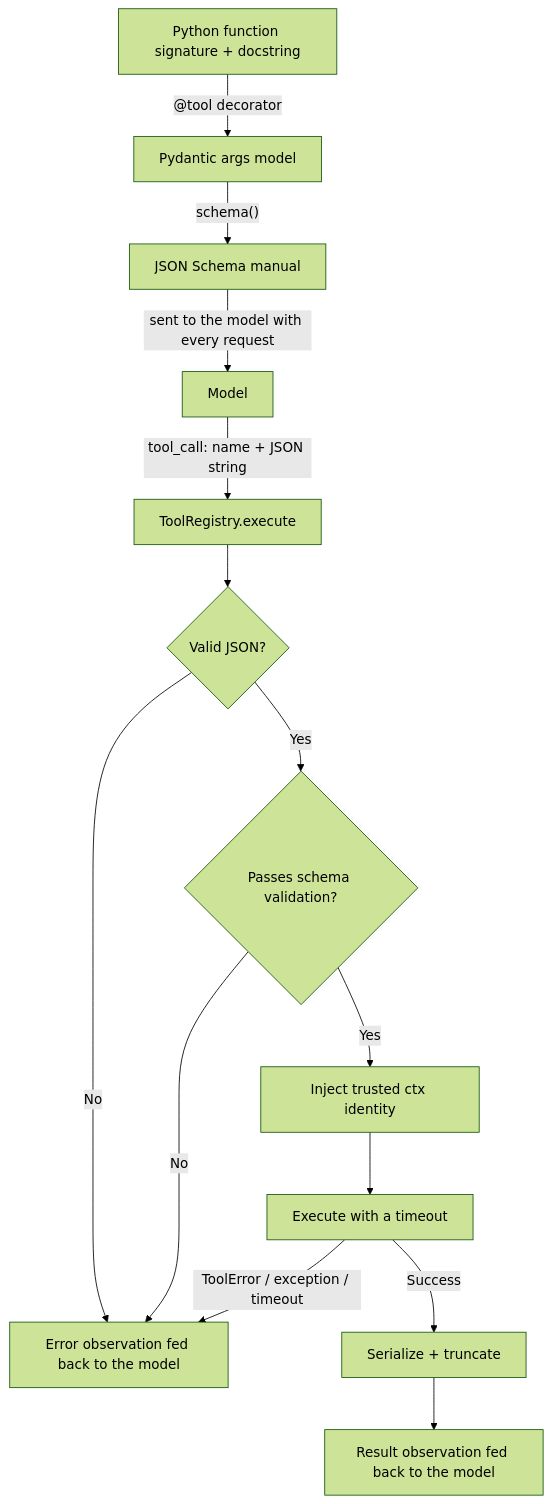
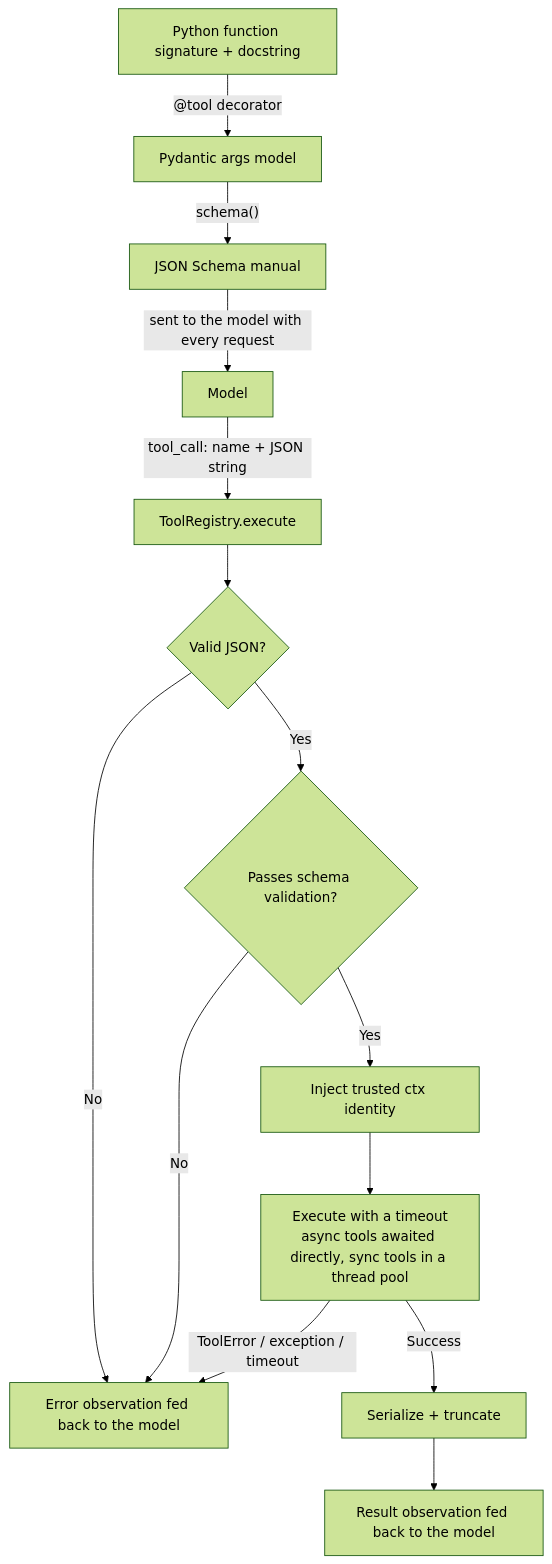
The first of 3 diagrams in lessons/03_tools/README.en.md (heaven999b/hello-agent-system), drawn with Mermaid (forest theme) before and after one commit. The commit also changed other lines of this file and 78 other files, not shown here.

````diff
--- a/lessons/03_tools/README.en.md
+++ b/lessons/03_tools/README.en.md
@@ -47,16 +47,16 @@
 ```mermaid
 flowchart TD
     F["Python function signature + docstring"] -->|"@tool decorator"| P["Pydantic args model"]
     P -->|"schema()"| S["JSON Schema manual"]
     S -->|"sent to the model with every request"| M["Model"]
     M -->|"tool_call: name + JSON string"| E["ToolRegistry.execute"]
     E --> J{"Valid JSON?"}
     J -->|"No"| OBS["Error observation fed back to the model"]
     J -->|"Yes"| V{"Passes schema validation?"}
     V -->|"No"| OBS
     V -->|"Yes"| C["Inject trusted ctx identity"]
-    C --> R["Execute with a timeout"]
+    C --> R["Execute with a timeout<br/>async tools awaited directly, sync tools in a thread pool"]
     R -->|"ToolError / exception / timeout"| OBS
     R -->|"Success"| T["Serialize + truncate"]
     T --> OK["Result observation fed back to the model"]
 ```
````
